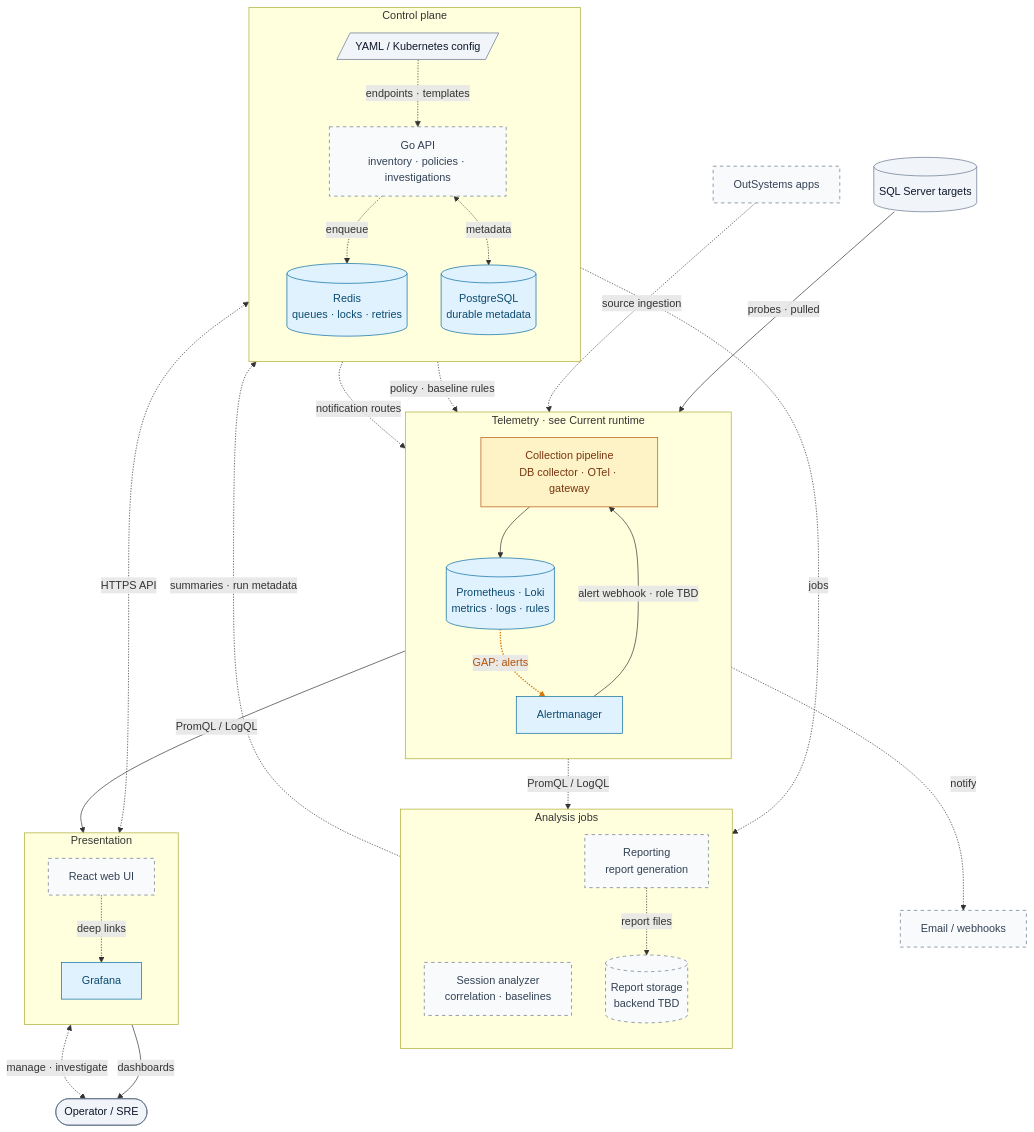
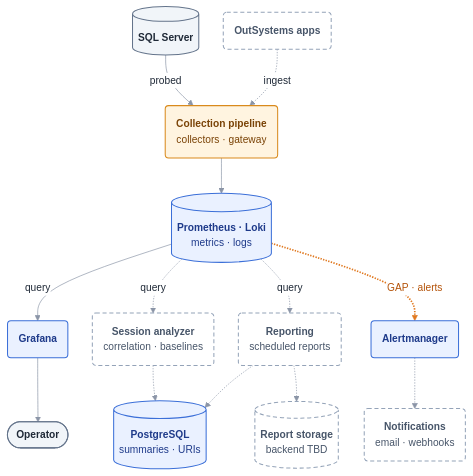
The fourth of 5 diagrams in docs/architecture/overview-diagrams-draft.md (gdpais/Heartbeat), drawn with Mermaid before and after one commit. The commit also changed other lines of this file and 2 other files, not shown here.

First line of the commit message:
docs: add Compose-to-kind assessment and revise overview diagram draft

````diff
--- a/docs/architecture/overview-diagrams-draft.md
+++ b/docs/architecture/overview-diagrams-draft.md
@@ -74,67 +133,41 @@
 ```mermaid
+%%{init: {"theme": "base", "fontFamily": "Inter, system-ui, -apple-system, Segoe UI, Helvetica, Arial, sans-serif", "themeVariables": {"fontFamily": "Inter, system-ui, -apple-system, Segoe UI, Helvetica, Arial, sans-serif", "fontSize": "15px", "lineColor": "#8b95a7", "primaryTextColor": "#1f2937", "clusterBkg": "#f8fafc", "clusterBorder": "#cbd5e1", "titleColor": "#475569", "edgeLabelBackground": "#ffffff"}, "flowchart": {"curve": "basis", "nodeSpacing": 36, "rankSpacing": 52, "padding": 16}}}%%
 flowchart TB
-    sql[("SQL Server targets")]
-    apps["OutSystems apps"]
+    sql[("<b>SQL Server</b>")]
+    apps("<b>OutSystems apps</b>")
+    pipeline("<b>Collection pipeline</b><br/>collectors · gateway")
+    stores[("<b>Prometheus · Loki</b><br/>metrics · logs")]
 
-    subgraph telemetry["Telemetry · see Current runtime"]
-        direction TB
-        pipeline["Collection pipeline<br/>DB collector · OTel · gateway"]
-        stores[("Prometheus · Loki<br/>metrics · logs · rules")]
-        am["Alertmanager"]
-    end
+    grafana("<b>Grafana</b>")
+    analyzer("<b>Session analyzer</b><br/>correlation · baselines")
+    reporting("<b>Reporting</b><br/>scheduled reports")
+    am("<b>Alertmanager</b>")
 
-    subgraph analysis["Analysis jobs"]
-        direction TB
-        analyzer["Session analyzer<br/>correlation · baselines"]
-        reporting["Reporting<br/>report generation"]
-        artifacts[("Report storage<br/>backend TBD")]
-    end
+    operator(["<b>Operator</b>"])
+    pg[("<b>PostgreSQL</b><br/>summaries · URIs")]
+    artifacts[("<b>Report storage</b><br/>backend TBD")]
+    delivery("<b>Notifications</b><br/>email · webhooks")
 
-    subgraph control["Control plane"]
-        direction TB
-        config[/"YAML / Kubernetes config"/]
-        api["Go API<br/>inventory · policies · investigations"]
-        pg[("PostgreSQL<br/>durable metadata")]
-        redis[("Redis<br/>queues · locks · retries")]
-    end
+    sql -->|probed| pipeline
+    apps -.->|ingest| pipeline
+    pipeline --> stores
+    stores -->|query| grafana
+    stores -.->|query| analyzer
+    stores -.->|query| reporting
+    stores -.->|"GAP · alerts"| am
+    grafana --> operator
+    analyzer -.-> pg
+    reporting -.-> pg
+    reporting -.-> artifacts
+    am -.-> delivery
 
-    subgraph present["Presentation"]
-        direction TB
-        grafana["Grafana"]
-        web["React web UI"]
-    end
-
-    delivery["Email / webhooks"]
-    operator(["Operator / SRE"])
-
-    sql -->|"probes · pulled"| pipeline
-    apps -.->|"source ingestion"| pipeline
-    pipeline --> stores
-    stores -.->|"GAP: alerts"| am
-    am -.->|"notify"| delivery
-    am -->|"alert webhook · role TBD"| pipeline
-    stores -->|"PromQL / LogQL"| grafana
-    stores -.->|"PromQL / LogQL"| analysis
-    analysis -.->|"summaries · run metadata"| pg
-    reporting -.->|"report files"| artifacts
-    redis -.->|"jobs"| analysis
-    api -.->|"enqueue"| redis
-    api <-.->|"metadata"| pg
-    config -.->|"endpoints · templates"| api
-    api -.->|"policy · baseline rules"| stores
-    api -.->|"notification routes"| am
-    api <-.->|"HTTPS API"| web
-    web -.->|"deep links"| grafana
-    grafana -->|"dashboards"| operator
-    web <-.->|"manage · investigate"| operator
-
-    classDef ok fill:#e0f2fe,stroke:#0369a1,color:#0c4a6e
-    classDef partial fill:#fef3c7,stroke:#b45309,color:#78350f
-    classDef planned fill:#f8fafc,stroke:#64748b,color:#334155,stroke-dasharray:5 5
-    classDef external fill:#f1f5f9,stroke:#64748b,color:#0f172a
-    class grafana,pg,redis,stores,am ok
+    classDef ok fill:#eaf1ff,stroke:#3b6fd8,stroke-width:1.5px,color:#1e3a8a
+    classDef partial fill:#fff4e0,stroke:#d98a1c,stroke-width:1.5px,color:#7a4306
+    classDef planned fill:#ffffff,stroke:#94a3b8,stroke-width:1.5px,stroke-dasharray:6 4,color:#475569
+    classDef ext fill:#f1f5f9,stroke:#64748b,stroke-width:1.5px,color:#1f2937
+    class stores,grafana,am,pg ok
     class pipeline partial
-    class web,api,analyzer,reporting,artifacts,apps,delivery planned
-    class operator,sql,config external
-    linkStyle 3 stroke:#d97706,stroke-width:2px,color:#b45309
+    class apps,analyzer,reporting,artifacts,delivery planned
+    class sql,operator ext
+    linkStyle 6 stroke:#e0781f,stroke-width:2.5px,color:#b45309
 ```
````
